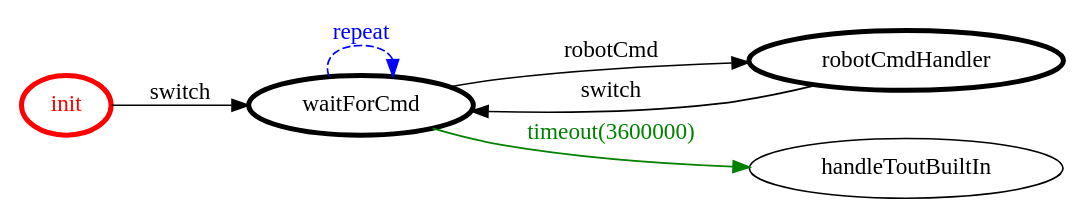
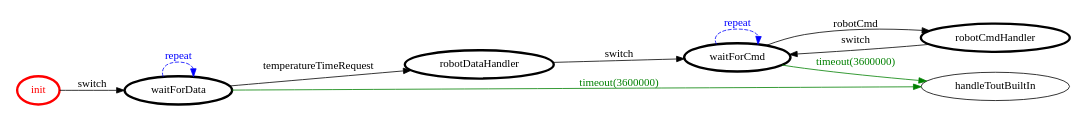
Before and after one commit to FraGio/iss2018: the diagram in it.unibo.problemAnalysis/srcMore/it/unibo/mind/mind.gv, drawn with Graphviz. The commit also changed 64 other files, not shown here.

```diff
--- a/it.unibo.problemAnalysis/srcMore/it/unibo/mind/mind.gv
+++ b/it.unibo.problemAnalysis/srcMore/it/unibo/mind/mind.gv
@@ -1,21 +1,27 @@
 /*
 *
 * A GraphViz DOT FSM description 
 * Please use a GraphViz visualizer (like http://www.webgraphviz.com)
 *  
 */
 
 digraph finite_state_machine {
 	rankdir=LR
 	size="8,5"
 	
 	init [ color = red ][ fontcolor = red ][ penwidth = 3 ]
 	waitForCmd [ color = black ][ fontcolor = black ][ penwidth = 3 ]
+	waitForData [ color = black ][ fontcolor = black ][ penwidth = 3 ]
+	robotDataHandler [ color = black ][ fontcolor = black ][ penwidth = 3 ]
 	robotCmdHandler [ color = black ][ fontcolor = black ][ penwidth = 3 ]
 	
+	waitForData -> waitForData [ label = "repeat "][ style = dashed ][ color = blue ][ fontcolor = blue ]
 	waitForCmd -> handleToutBuiltIn [ label = "timeout(3600000)" ][ color = green ][ fontcolor = green ]
+	waitForData -> handleToutBuiltIn [ label = "timeout(3600000)" ][ color = green ][ fontcolor = green ]
 	robotCmdHandler -> waitForCmd [ label = "switch" ][ color = black ][ fontcolor = black ]
+	init -> waitForData [ label = "switch" ][ color = black ][ fontcolor = black ]
 	waitForCmd -> robotCmdHandler [ label = "robotCmd" ][ color = black ][ fontcolor = black ]
-	init -> waitForCmd [ label = "switch" ][ color = black ][ fontcolor = black ]
+	robotDataHandler -> waitForCmd [ label = "switch" ][ color = black ][ fontcolor = black ]
+	waitForData -> robotDataHandler [ label = "temperatureTimeRequest" ][ color = black ][ fontcolor = black ]
 	waitForCmd -> waitForCmd [ label = "repeat "][ style = dashed ][ color = blue ][ fontcolor = blue ]
 }
```
